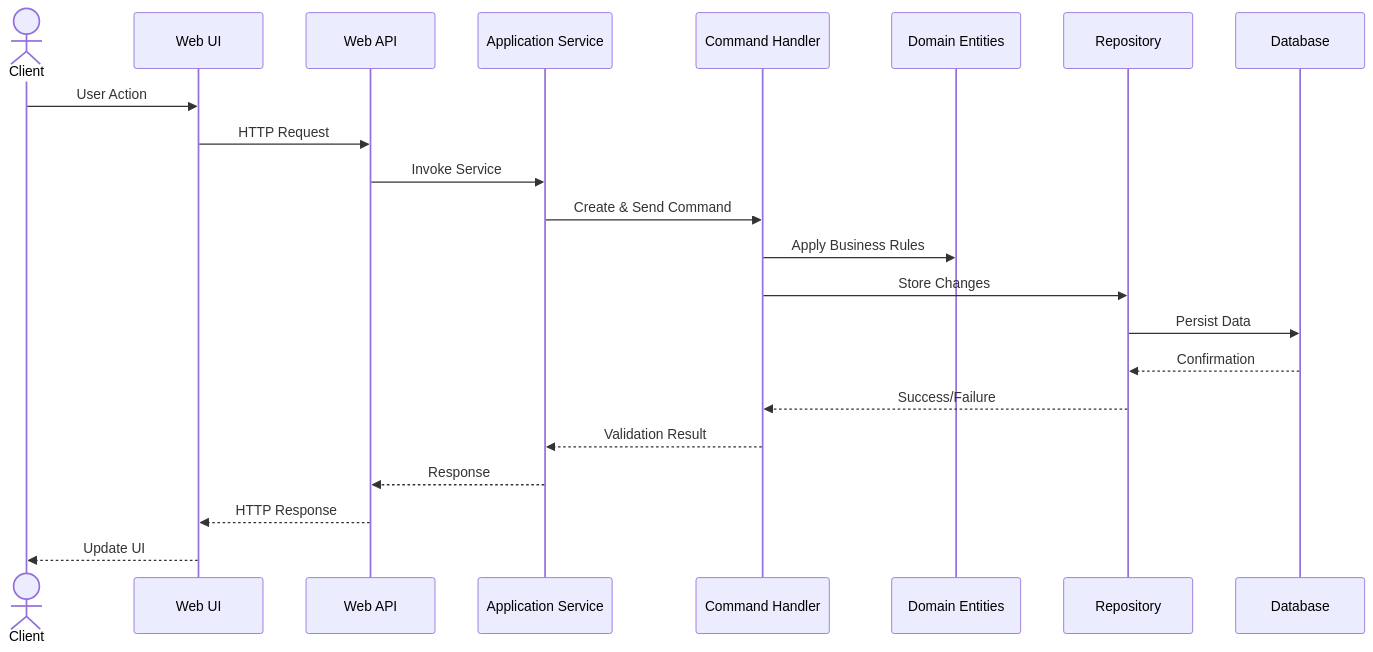
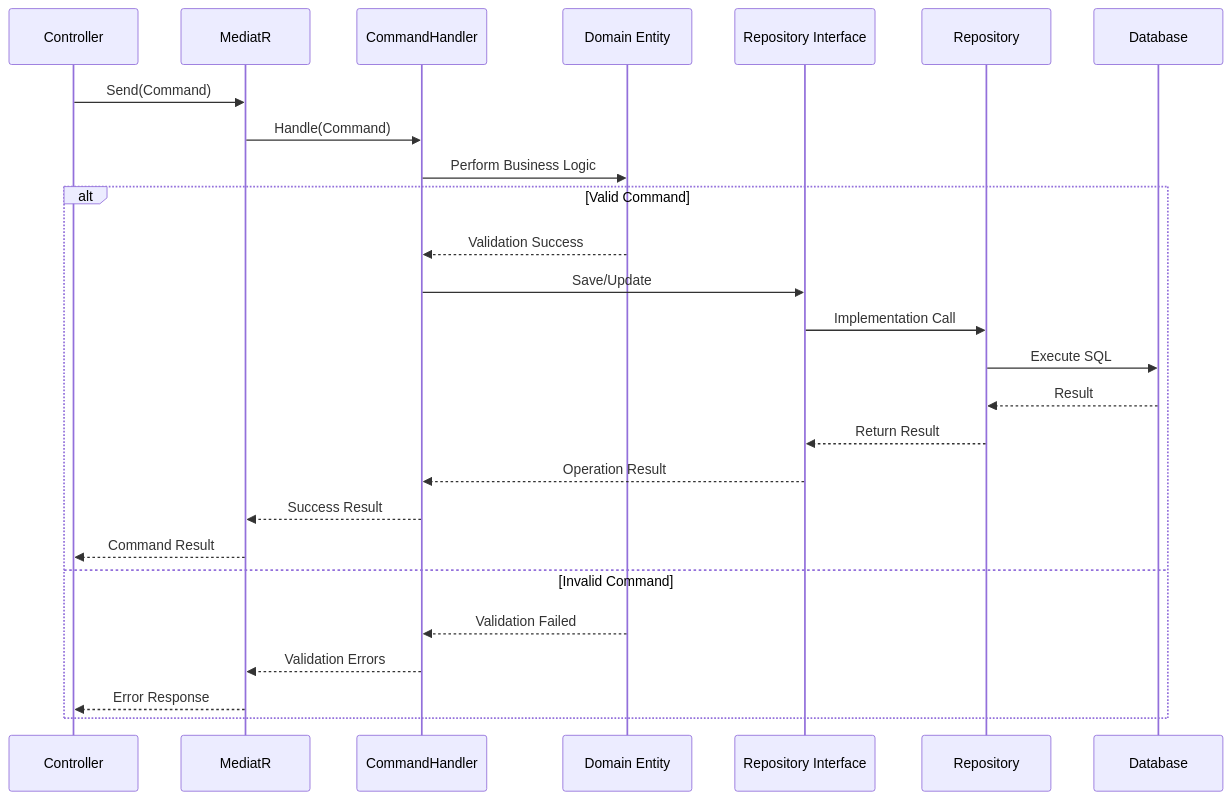
Before and after one commit to guscavalcante-dev/rio2c-private-sdlc: the fourth of 8 diagrams in documentation/project-structure.md, drawn with Mermaid. The commit also changed other lines of this file and 1 other file, not shown here.

````diff
--- a/documentation/project-structure.md
+++ b/documentation/project-structure.md
@@ -169,25 +220,30 @@
 ```mermaid
 sequenceDiagram
-    actor Client
-    participant UI as Web UI
-    participant API as Web API
-    participant AppService as Application Service
-    participant Command as Command Handler
-    participant Domain as Domain Entities
-    participant Repo as Repository
+    participant C as Controller
+    participant M as MediatR
+    participant CH as CommandHandler
+    participant DE as Domain Entity
+    participant RI as Repository Interface
+    participant R as Repository
     participant DB as Database
     
-    Client->>UI: User Action
-    UI->>API: HTTP Request
-    API->>AppService: Invoke Service
-    AppService->>Command: Create & Send Command
-    Command->>Domain: Apply Business Rules
-    Command->>Repo: Store Changes
-    Repo->>DB: Persist Data
-    DB-->>Repo: Confirmation
-    Repo-->>Command: Success/Failure
-    Command-->>AppService: Validation Result
-    AppService-->>API: Response
-    API-->>UI: HTTP Response
-    UI-->>Client: Update UI
+    C->>M: Send(Command)
+    M->>CH: Handle(Command)
+    CH->>DE: Perform Business Logic
+    
+    alt Valid Command
+        DE-->>CH: Validation Success
+        CH->>RI: Save/Update
+        RI->>R: Implementation Call
+        R->>DB: Execute SQL
+        DB-->>R: Result
+        R-->>RI: Return Result
+        RI-->>CH: Operation Result
+        CH-->>M: Success Result
+        M-->>C: Command Result
+    else Invalid Command
+        DE-->>CH: Validation Failed
+        CH-->>M: Validation Errors
+        M-->>C: Error Response
+    end
 ```
````
